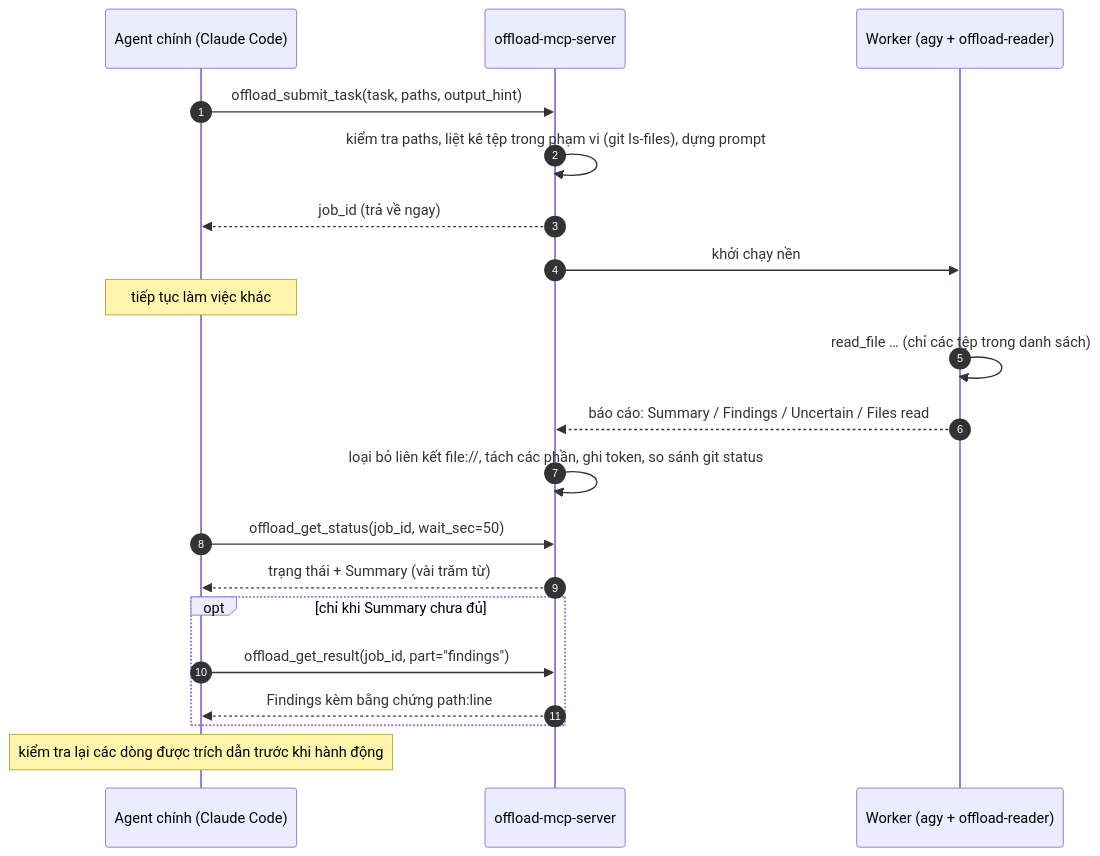
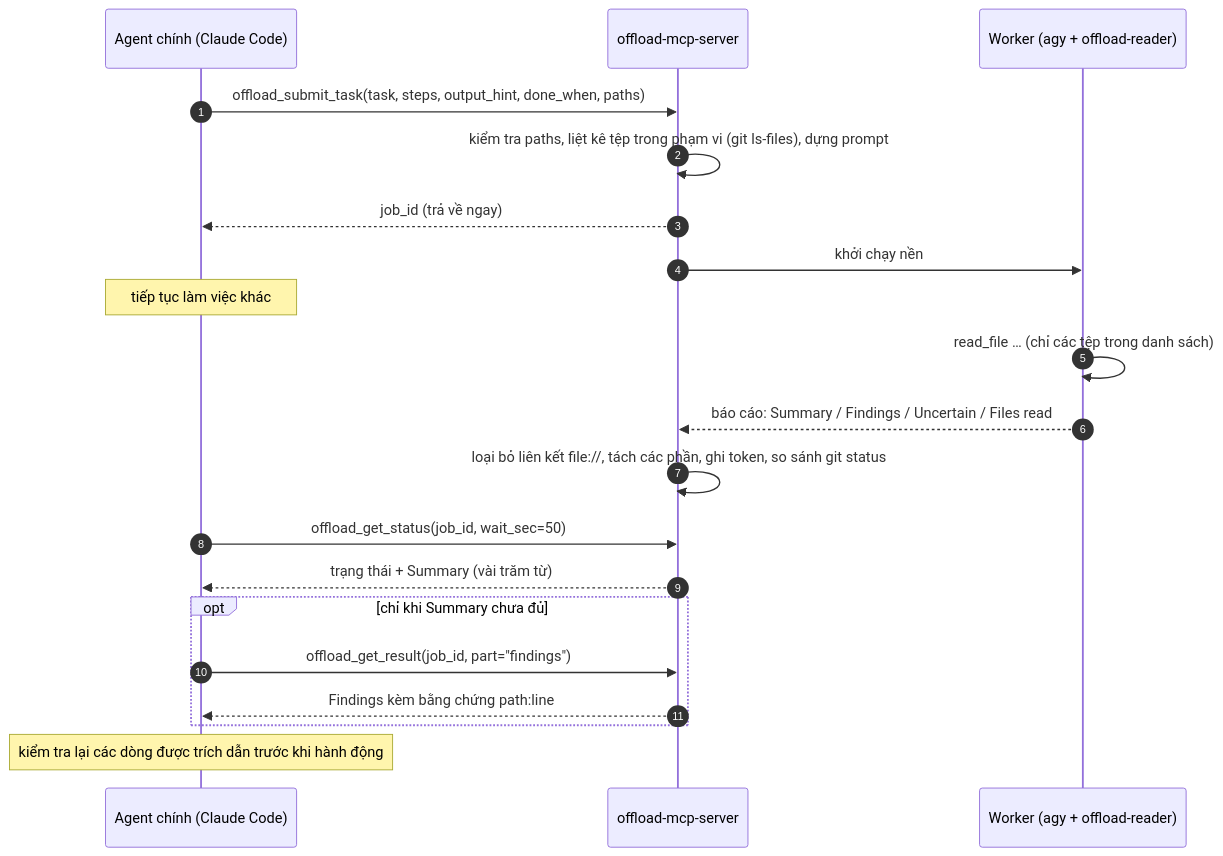
Before and after one commit to tailucanh/offload-mcp-server: the diagram in docs/readme/README_vi.md, drawn with Mermaid. The commit also changed other lines of this file and 18 other files, not shown here.

````diff
--- a/docs/readme/README_vi.md
+++ b/docs/readme/README_vi.md
@@ -81,22 +81,22 @@
 ```mermaid
 sequenceDiagram
     autonumber
     participant M as Agent chính (Claude Code)
     participant S as offload-mcp-server
     participant W as Worker (agy + offload-reader)
-    M->>S: offload_submit_task(task, paths, output_hint)
+    M->>S: offload_submit_task(task, steps, output_hint, done_when, paths)
     S->>S: kiểm tra paths, liệt kê tệp trong phạm vi (git ls-files), dựng prompt
     S-->>M: job_id (trả về ngay)
     S->>W: khởi chạy nền
     Note over M: tiếp tục làm việc khác
     W->>W: read_file … (chỉ các tệp trong danh sách)
     W-->>S: báo cáo: Summary / Findings / Uncertain / Files read
     S->>S: loại bỏ liên kết file://, tách các phần, ghi token, so sánh git status
     M->>S: offload_get_status(job_id, wait_sec=50)
     S-->>M: trạng thái + Summary (vài trăm từ)
     opt chỉ khi Summary chưa đủ
         M->>S: offload_get_result(job_id, part="findings")
         S-->>M: Findings kèm bằng chứng path:line
     end
     Note over M: kiểm tra lại các dòng được trích dẫn trước khi hành động
 ```
````
